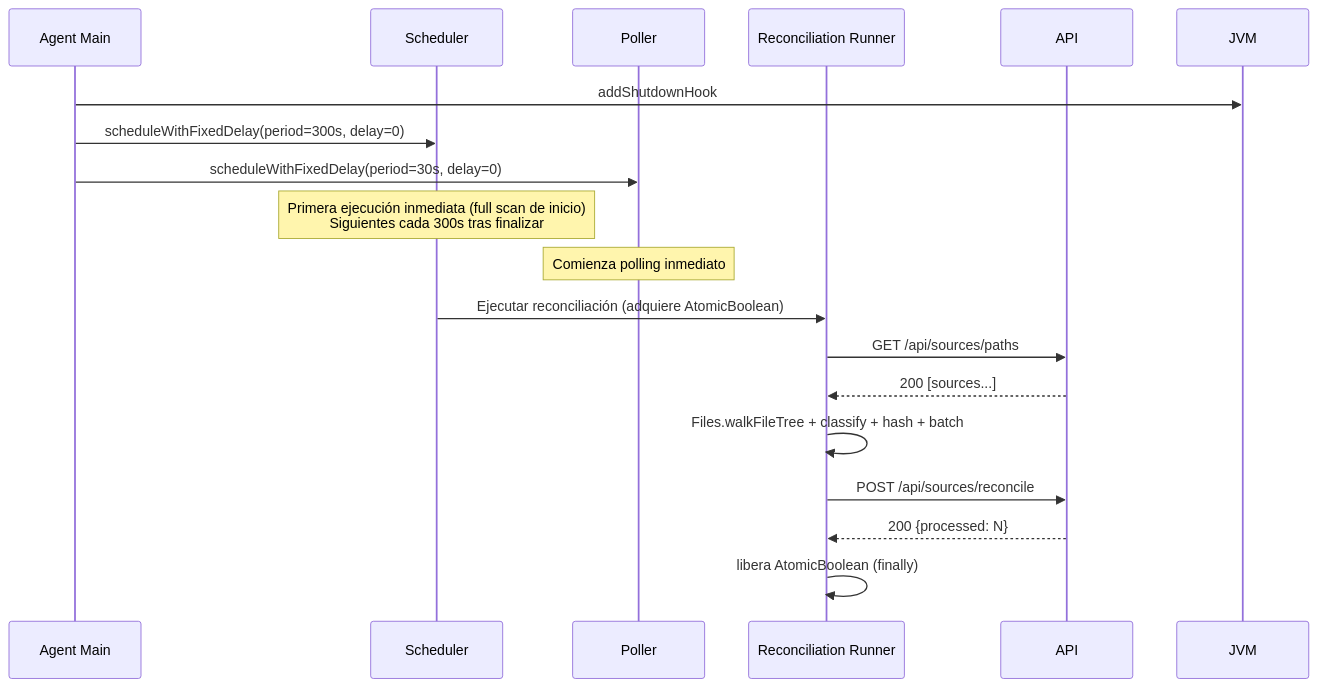
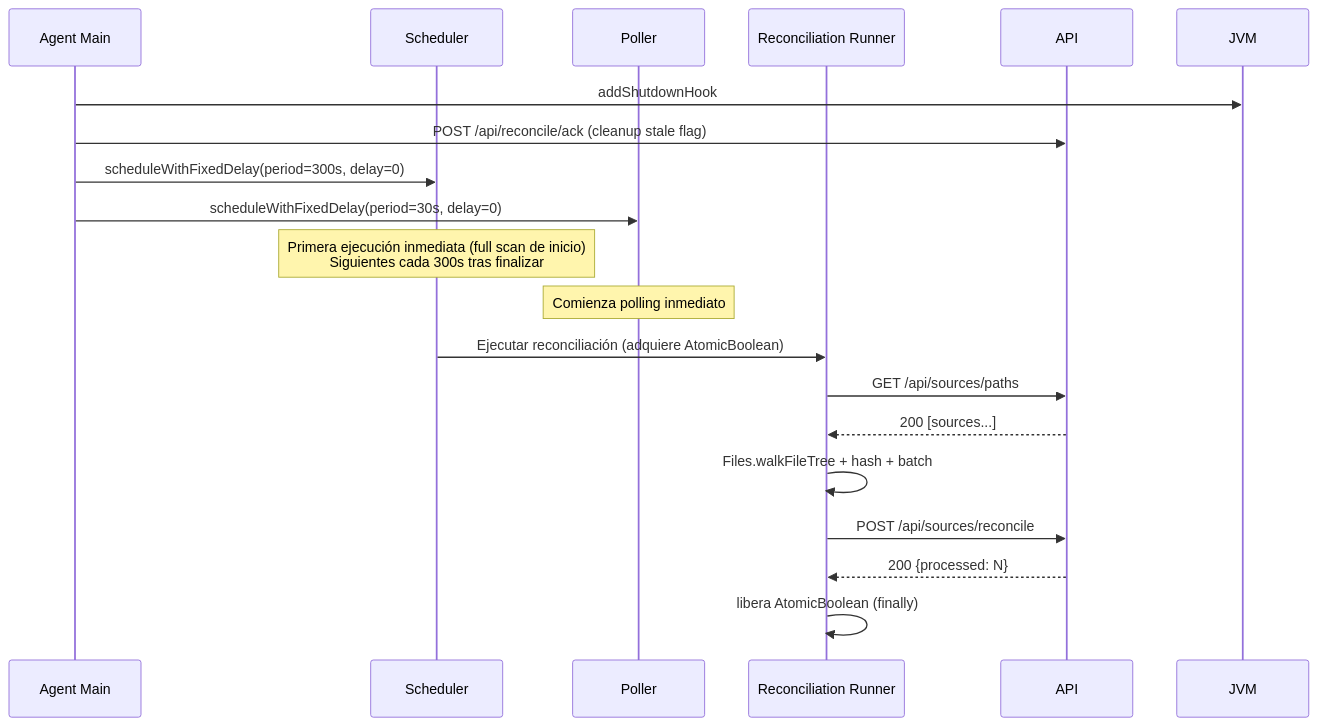
Before and after one commit to GIT-Marcos/biblocat: the fourth of 5 diagrams in docs/agent.md, drawn with Mermaid. The commit also changed other lines of this file and 11 other files, not shown here.

````diff
--- a/docs/agent.md
+++ b/docs/agent.md
@@ -572,20 +598,21 @@
 ```mermaid
 sequenceDiagram
     participant Main as Agent Main
     participant Sched as Scheduler
     participant Poll as Poller
     participant Recon as Reconciliation Runner
     participant API
     Main ->> JVM: addShutdownHook
+    Main ->> API: POST /api/reconcile/ack (cleanup stale flag)
     Main ->> Sched: scheduleWithFixedDelay(period=300s, delay=0)
     Main ->> Poll: scheduleWithFixedDelay(period=30s, delay=0)
     Note over Sched: Primera ejecución inmediata (full scan de inicio)<br/>Siguientes cada 300s tras finalizar
     Note over Poll: Comienza polling inmediato
     Sched ->> Recon: Ejecutar reconciliación (adquiere AtomicBoolean)
     Recon ->> API: GET /api/sources/paths
     API -->> Recon: 200 [sources...]
-    Recon ->> Recon: Files.walkFileTree + classify + hash + batch
+    Recon ->> Recon: Files.walkFileTree + hash + batch
     Recon ->> API: POST /api/sources/reconcile
     API -->> Recon: 200 {processed: N}
     Recon ->> Recon: libera AtomicBoolean (finally)
 ```
````
